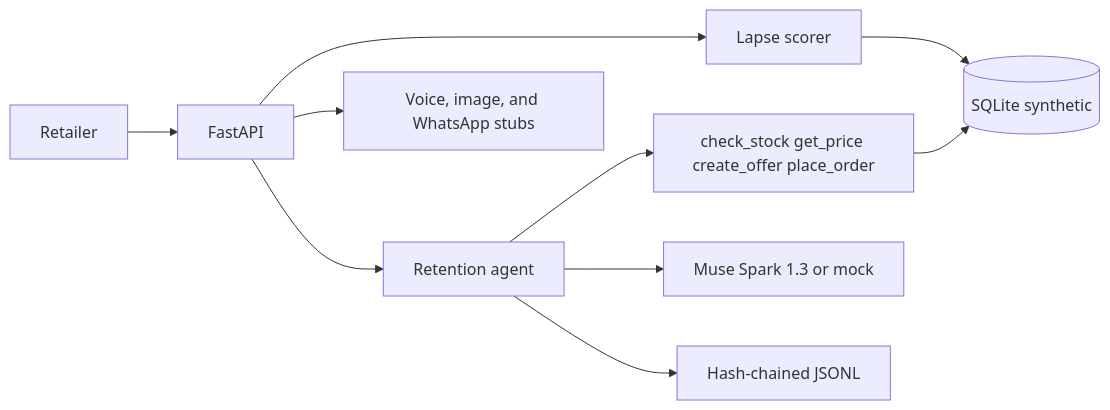
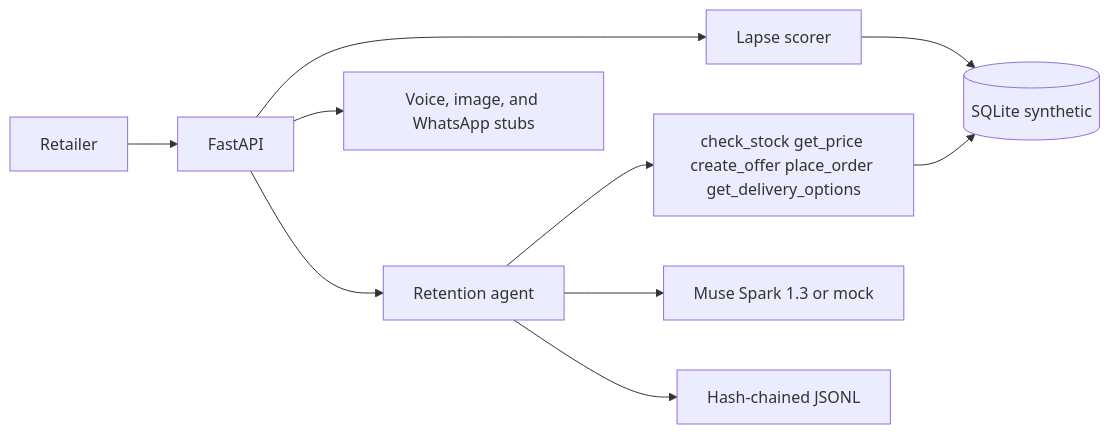
One commit to vumoz/convoplex-retention-agent changed the diagram in README.md. Above: the diagram before and after it, drawn with Mermaid. The commit also changed other lines of this file and 20 other files, not shown here.

````diff
--- a/README.md
+++ b/README.md
@@ -36,12 +36,12 @@
 ```mermaid
 flowchart LR
   shop[Retailer] --> api[FastAPI]
   api --> score[Lapse scorer]
   api --> agent[Retention agent]
   score --> db[(SQLite synthetic)]
-  agent --> tools[check_stock get_price create_offer place_order]
+  agent --> tools[check_stock get_price create_offer place_order get_delivery_options]
   tools --> db
   agent --> muse[Muse Spark 1.3 or mock]
   agent --> log[Hash-chained JSONL]
   api --> later[Voice, image, and WhatsApp stubs]
 ```
````
